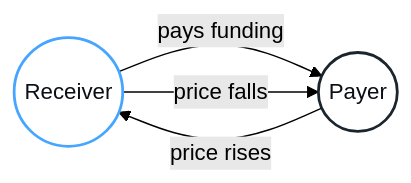
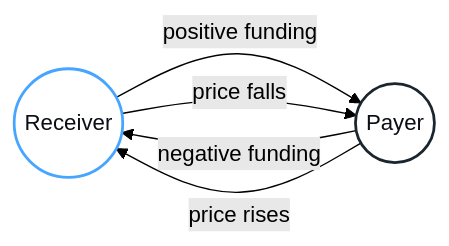
Before and after one commit to Null-Solutions/v1-docs: the diagram in diagrams/protocol-overview.mmd, drawn with Mermaid (forest theme). The commit also changed 56 other files, not shown here.

```diff
--- a/diagrams/protocol-overview.mmd
+++ b/diagrams/protocol-overview.mmd
@@ -1,12 +1,13 @@
 flowchart LR
   receiver(("Receiver"))
   payer(("Payer"))
 
-  receiver -- "pays funding" --> payer
+  receiver -- "positive funding" --> payer
+  payer -- "negative funding" --> receiver
   payer -- "price rises" --> receiver
   receiver -- "price falls" --> payer
 
   classDef receiver fill:#FFFFFF,color:#0B0E15,stroke:#45A5FF,stroke-width:2px;
   classDef payer fill:#FFFFFF,color:#0B0E15,stroke:#1B252D,stroke-width:2px;
   class receiver receiver;
   class payer payer;
```
